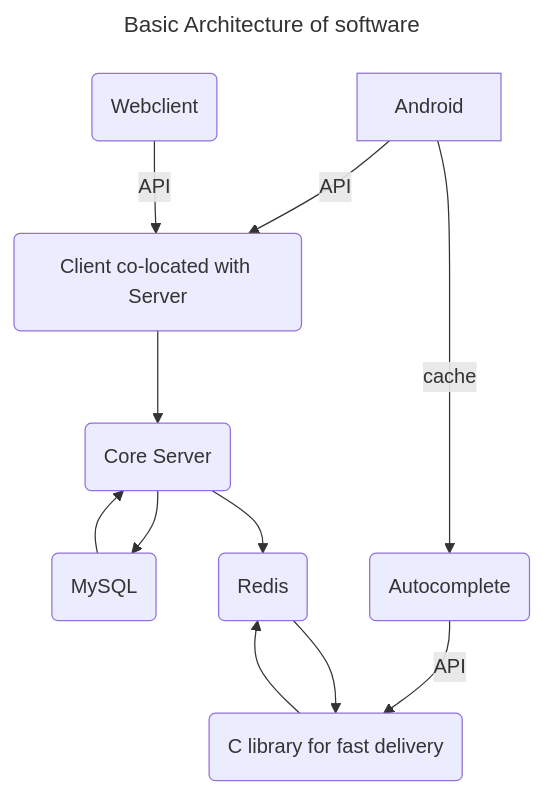
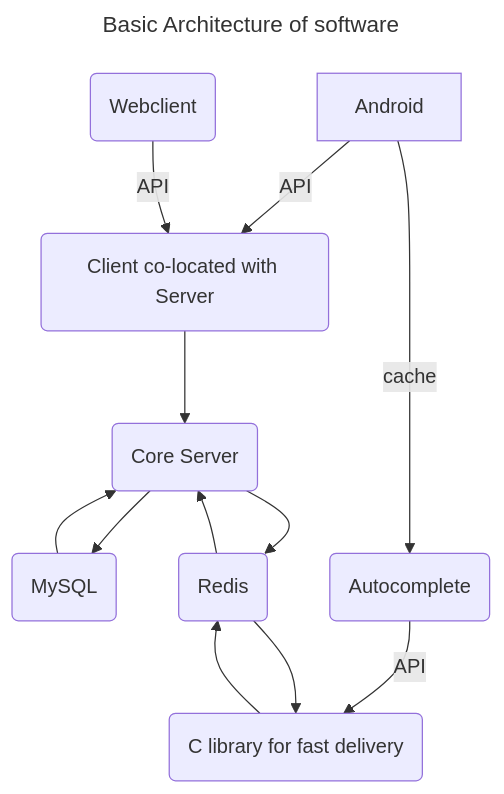
Before and after one commit to aparavind/projects: the second of 2 diagrams in README.md, drawn with Mermaid. The commit also changed 4 other files, not shown here.

`````diff
--- a/README.md
+++ b/README.md
@@ -36,16 +36,17 @@
     ````mermaid
     ---
     title: Basic Architecture of software
     ---
     flowchart TD
         A[Android] -->|API| SCW(Client co-located with Server)
         WC(Webclient) -->|API| SCW
         SCW --> CS(Core Server)
         CS --> RDBMS(MySQL)
         RDBMS --> CS
         CS --> INM(Redis)
+        INM --> CS
         A -->|cache| AC(Autocomplete)
         AC -->|API| CL(C library for fast delivery)
         CL --> INM
         INM --> CL
     ````
`````
